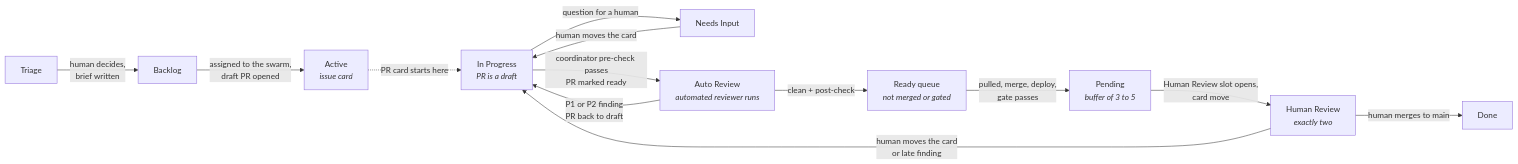
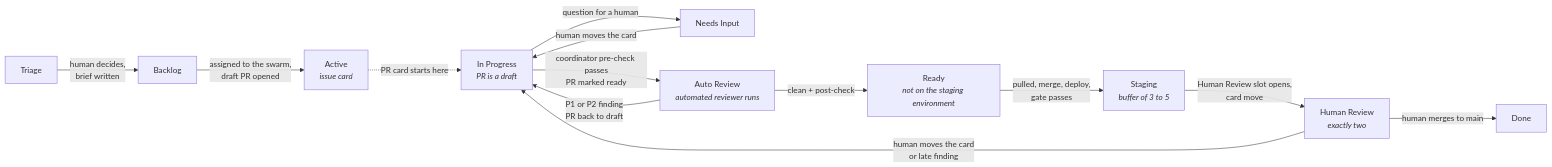
One commit to tangentcode/methodology changed the diagram in diagrams-src/board.mmd. Above: the diagram before and after it, drawn with Mermaid. The commit also changed 11 other files, not shown here.

First line of the commit message:
Rename the Pending buffer to Staging and add the Ready column

```diff
--- a/diagrams-src/board.mmd
+++ b/diagrams-src/board.mmd
@@ -1,13 +1,13 @@
 flowchart LR
     T[Triage] -->|human decides,<br/>brief written| B[Backlog]
     B -->|assigned to the swarm,<br/>draft PR opened| AC[Active<br/><i>issue card</i>]
     AC -.->|PR card starts here| IP[In Progress<br/><i>PR is a draft</i>]
     IP -->|question for a human| NI[Needs Input]
     NI -->|human moves the card| IP
     IP -->|coordinator pre-check passes<br/>PR marked ready| AR[Auto Review<br/><i>automated reviewer runs</i>]
     AR -->|P1 or P2 finding<br/>PR back to draft| IP
-    AR -->|clean + post-check| R[Ready queue<br/><i>not merged or gated</i>]
-    R -->|pulled, merge, deploy,<br/>gate passes| P[Pending<br/><i>buffer of 3 to 5</i>]
+    AR -->|clean + post-check| R[Ready<br/><i>not on the staging environment</i>]
+    R -->|pulled, merge, deploy,<br/>gate passes| P[Staging<br/><i>buffer of 3 to 5</i>]
     P -->|Human Review slot opens,<br/>card move| HR[Human Review<br/><i>exactly two</i>]
     HR -->|human moves the card<br/>or late finding| IP
     HR -->|human merges to main| D[Done]
```
